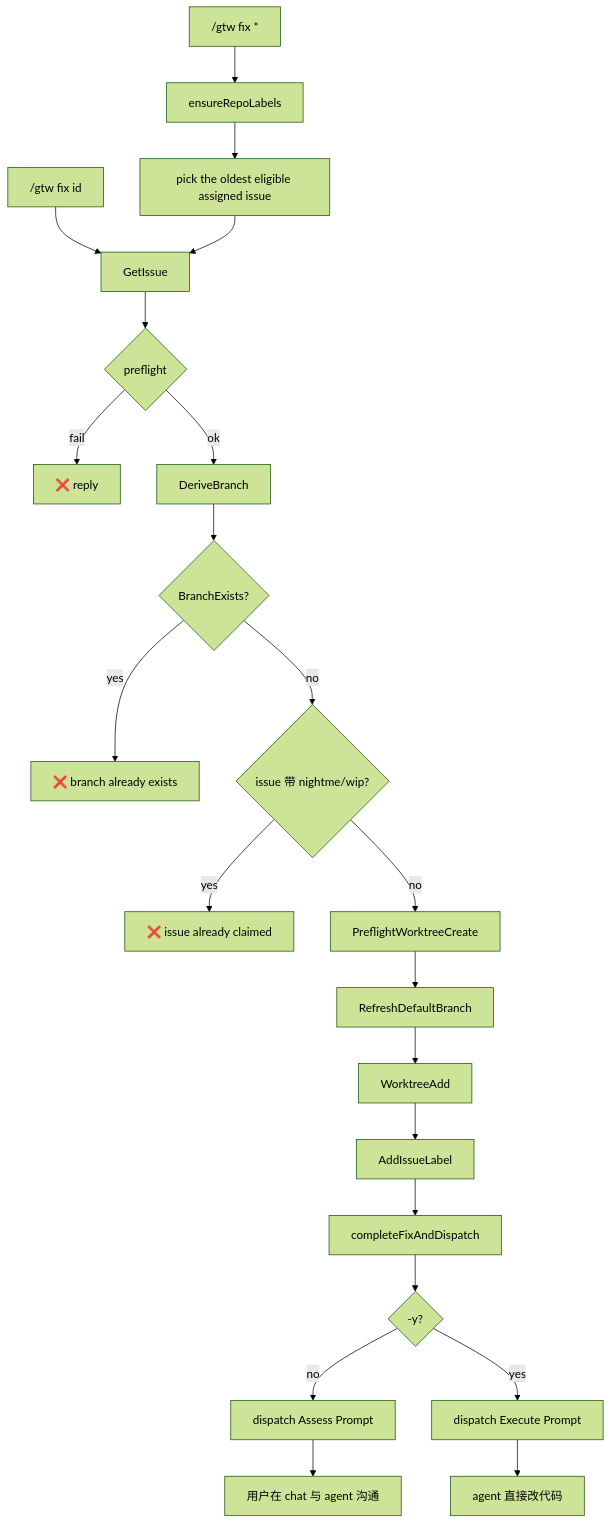
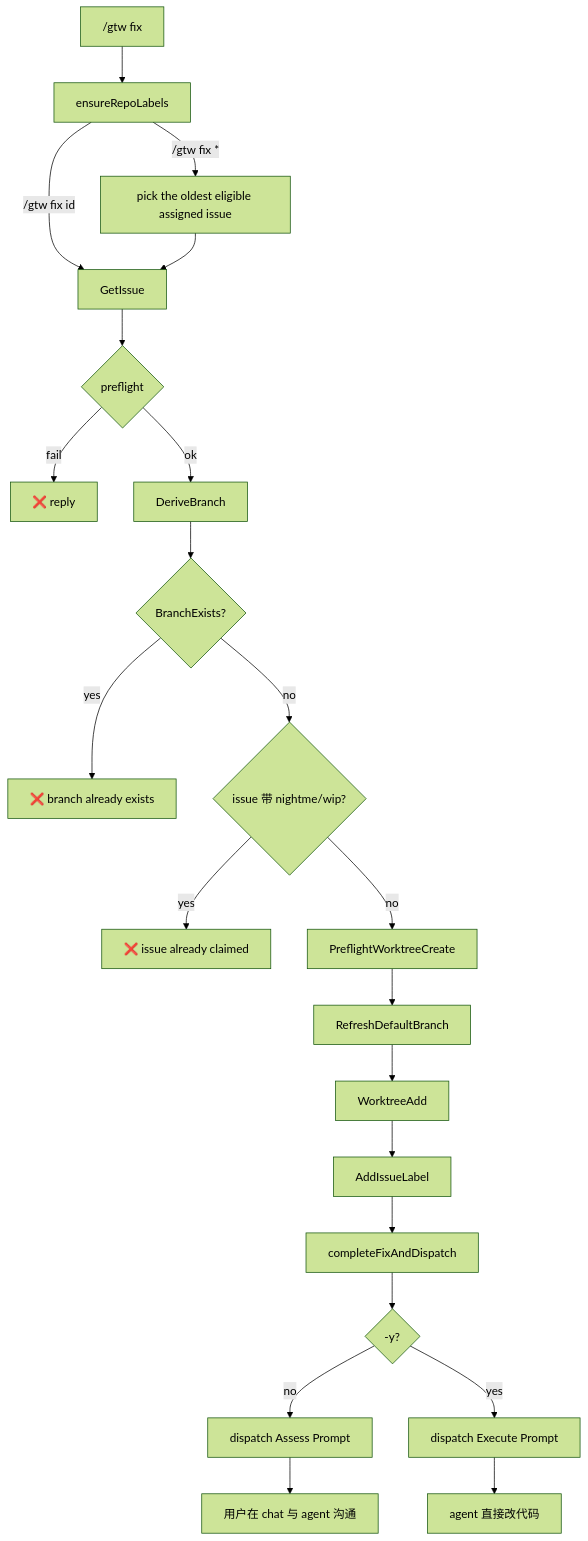
The diagram in docs/feat/F-gtw-fix.md (cnlangzi/nightme), drawn with Mermaid (forest theme) before and after one commit. The commit also changed other lines of this file and 3 other files, not shown here.

````diff
--- a/docs/feat/F-gtw-fix.md
+++ b/docs/feat/F-gtw-fix.md
@@ -167,24 +167,24 @@
 ```mermaid
 flowchart TD
-    A["/gtw fix id"] --> A0["GetIssue"]
-    A1["/gtw fix *"] --> A3["ensureRepoLabels"]
-    A3 --> A2["pick the oldest eligible assigned issue"]
+    S["/gtw fix"] --> A3["ensureRepoLabels"]
+    A3 -->|"/gtw fix id"| A0["GetIssue"]
+    A3 -->|"/gtw fix *"| A2["pick the oldest eligible assigned issue"]
     A2 --> A0
     A0 --> B{preflight}
     B -->|fail| Z["❌ reply"]
     B -->|ok| C["DeriveBranch"]
     C --> D{BranchExists?}
     D -->|yes| E["❌ branch already exists"]
     D -->|no| G{issue 带 nightme/wip?}
     G -->|yes| H["❌ issue already claimed"]
     G -->|no| F["PreflightWorktreeCreate"]
     F --> I["RefreshDefaultBranch"]
     I --> J["WorktreeAdd"]
     J --> K["AddIssueLabel"]
     K --> L["completeFixAndDispatch"]
     L --> M{"-y?"}
     M -->|no| N["dispatch Assess Prompt"]
     M -->|yes| O["dispatch Execute Prompt"]
     N --> P["用户在 chat 与 agent 沟通"]
     O --> Q["agent 直接改代码"]
 ```
````
